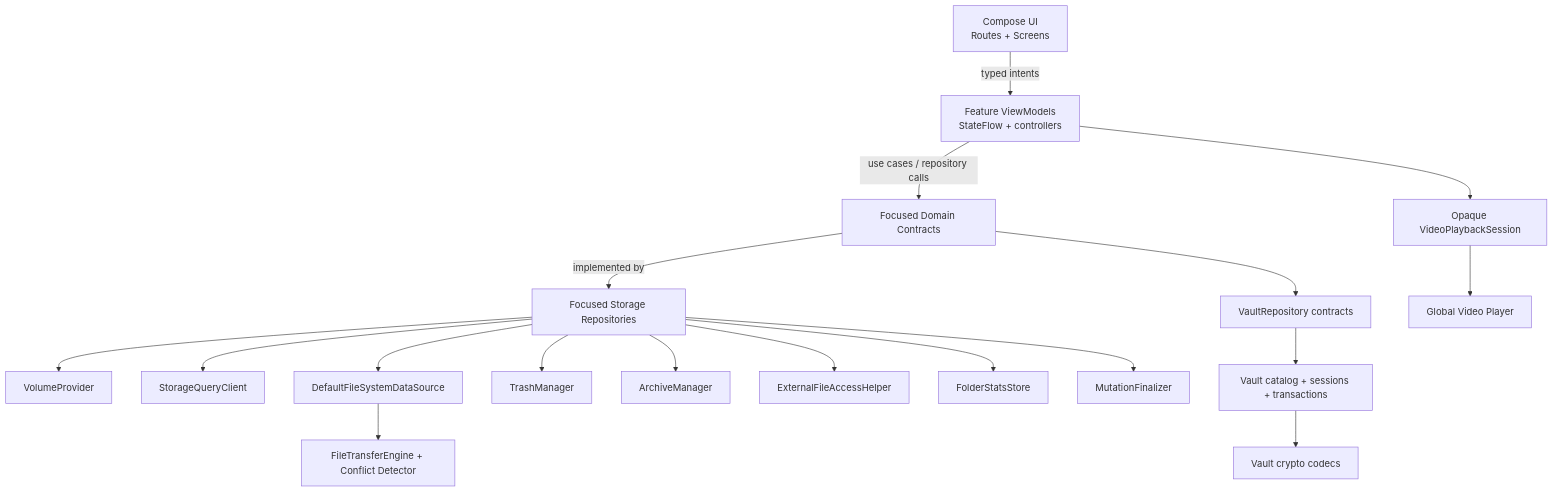
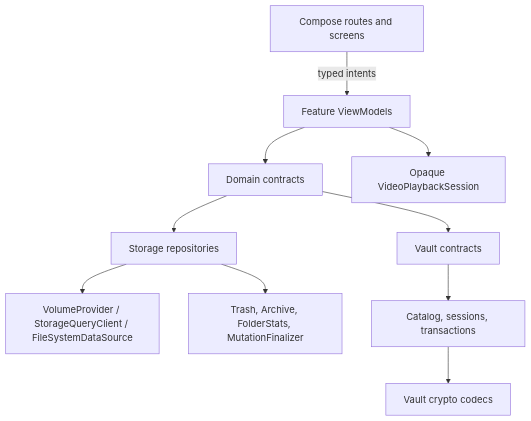
One commit to qtremors/arcile changed the diagram in DEVELOPMENT.md. Above: the diagram before and after it, drawn with Mermaid. The commit also changed other lines of this file and 192 other files, not shown here.

````diff
--- a/DEVELOPMENT.md
+++ b/DEVELOPMENT.md
@@ -46,20 +34,12 @@
 ```mermaid
 graph TD
-    A["Compose UI<br/>Routes + Screens"] -->|typed intents| B["Feature ViewModels<br/>StateFlow + controllers"]
-    B -->|use cases / repository calls| C["Focused Domain Contracts"]
-    C -->|implemented by| D["Focused Storage Repositories"]
-    D --> E["VolumeProvider"]
-    D --> F["StorageQueryClient"]
-    D --> G["DefaultFileSystemDataSource"]
-    D --> H["TrashManager"]
-    D --> I["ArchiveManager"]
-    D --> K["ExternalFileAccessHelper"]
-    G --> J["FileTransferEngine + Conflict Detector"]
-    D --> L["FolderStatsStore"]
-    D --> M["MutationFinalizer"]
-    C --> N["VaultRepository contracts"]
-    N --> O["Vault catalog + sessions + transactions"]
-    O --> P["Vault crypto codecs"]
-    B --> Q["Opaque VideoPlaybackSession"]
-    Q --> R["Global Video Player"]
+    A["Compose routes and screens"] -->|typed intents| B["Feature ViewModels"]
+    B --> C["Domain contracts"]
+    C --> D["Storage repositories"]
+    D --> E["VolumeProvider / StorageQueryClient / FileSystemDataSource"]
+    D --> F["Trash, Archive, FolderStats, MutationFinalizer"]
+    C --> G["Vault contracts"]
+    G --> H["Catalog, sessions, transactions"]
+    H --> I["Vault crypto codecs"]
+    B --> J["Opaque VideoPlaybackSession"]
 ```
````
